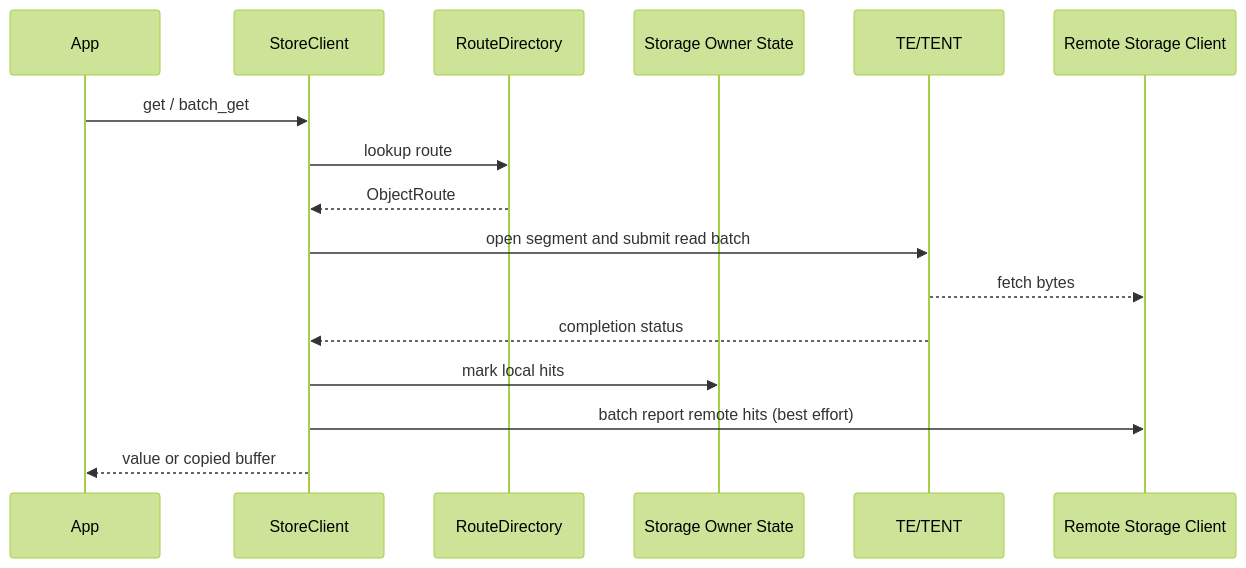
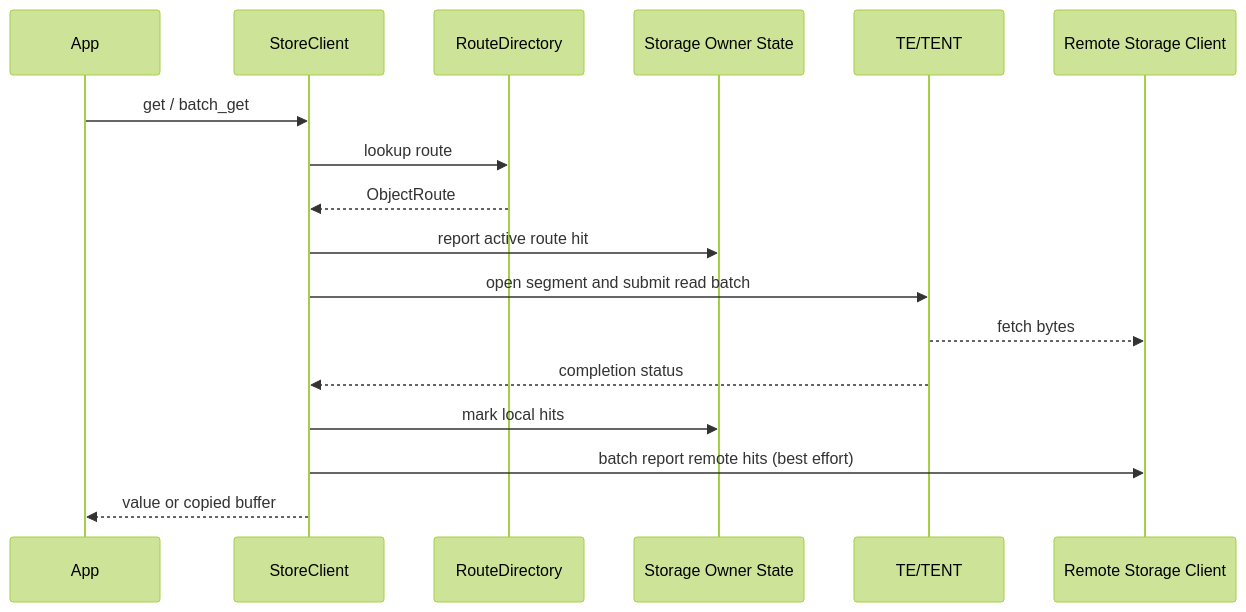
One commit to kvcache-ai/Mooncake changed the third of 4 diagrams in mooncake-store/store-rs/docs/architecture.md. Above: the diagram before and after it, drawn with Mermaid (forest theme). The commit also changed other lines of this file and 15 other files, not shown here.

Commit message:
[Store-RS] Report route query hits to eviction

````diff
--- a/mooncake-store/store-rs/docs/architecture.md
+++ b/mooncake-store/store-rs/docs/architecture.md
@@ -205,19 +210,20 @@
 ```mermaid
 sequenceDiagram
     participant App
     participant Client as StoreClient
     participant Route as RouteDirectory
     participant Evict as Storage Owner State
     participant TE as TE/TENT
     participant Peer as Remote Storage Client
 
     App->>Client: get / batch_get
     Client->>Route: lookup route
     Route-->>Client: ObjectRoute
+    Client->>Evict: report active route hit
     Client->>TE: open segment and submit read batch
     TE-->>Peer: fetch bytes
     TE-->>Client: completion status
     Client->>Evict: mark local hits
     Client->>Peer: batch report remote hits (best effort)
     Client-->>App: value or copied buffer
 ```
````
